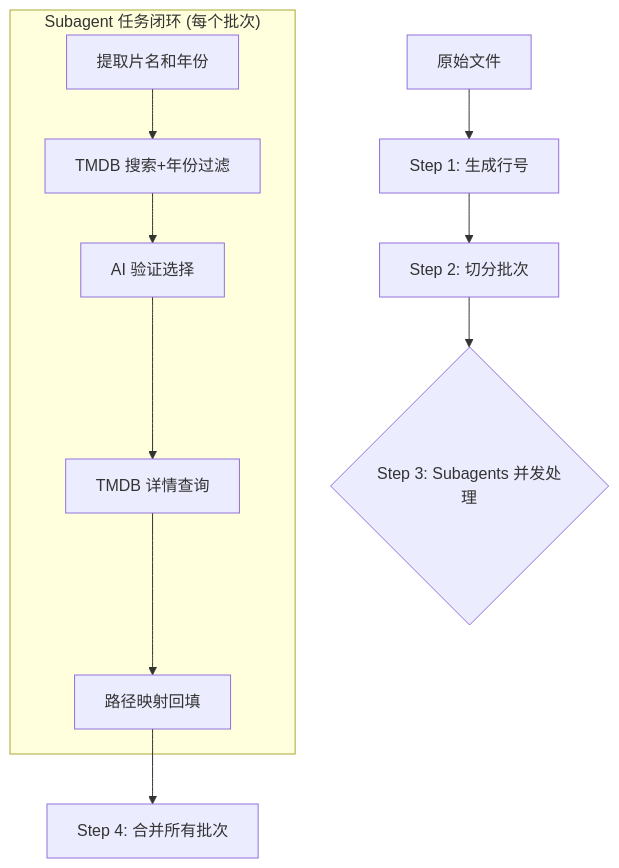
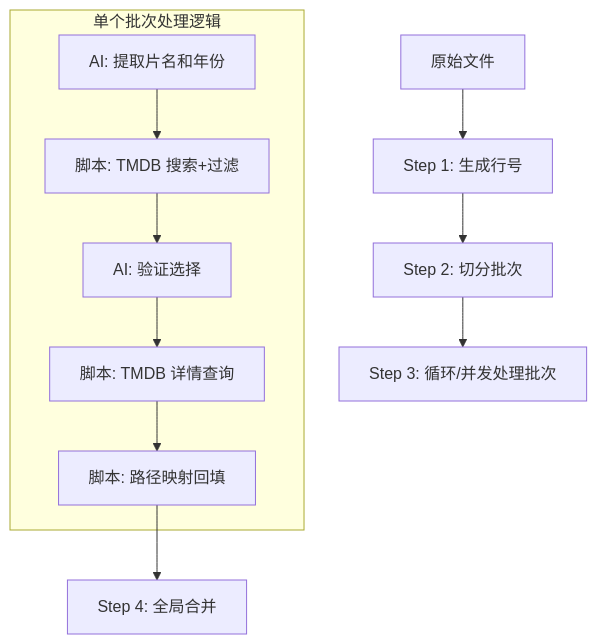
The diagram in SKILL.md (zengge96/tmdb-scrape), drawn with Mermaid before and after one commit. The commit also changed other lines of this file, not shown here.

````diff
--- a/SKILL.md
+++ b/SKILL.md
@@ -12,13 +12,15 @@
 ```mermaid
 graph TD
 A[原始文件] --> B[Step 1: 生成行号]
 B --> C[Step 2: 切分批次]
-C --> D{Step 3: Subagents 并发处理}
-subgraph "Subagent 任务闭环 (每个批次)"
-D1[提取片名和年份] --> D2[TMDB 搜索+年份过滤]
-D2 --> D3[AI 验证选择]
-D3 --> D4[TMDB 详情查询]
-D4 --> D5[路径映射回填]
+C --> D[Step 3: 循环/并发处理批次]
+
+subgraph "单个批次处理逻辑"
+D1[AI: 提取片名和年份] --> D2[脚本: TMDB 搜索+过滤]
+D2 --> D3[AI: 验证选择]
+D3 --> D4[脚本: TMDB 详情查询]
+D4 --> D5[脚本: 路径映射回填]
 end
-D5 --> E[Step 4: 合并所有批次]
+
+D5 --> E[Step 4: 全局合并]
 ```
````
